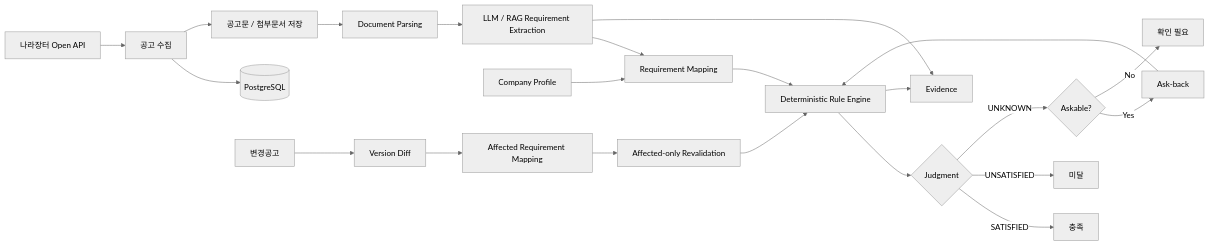
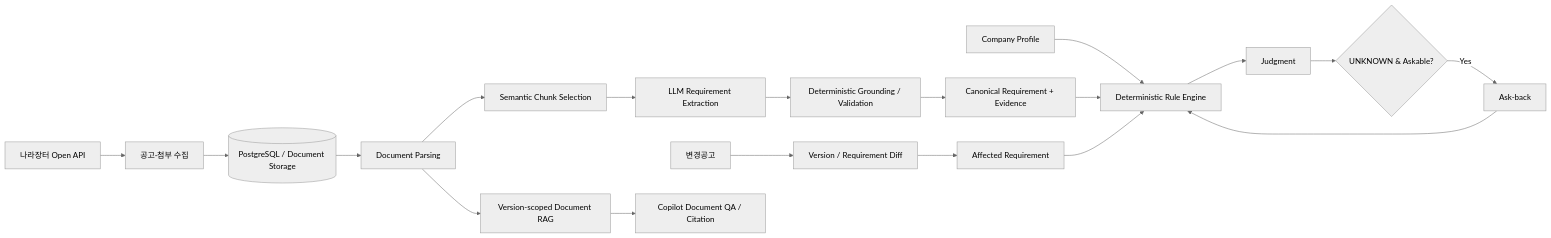
Before and after one commit to SKNETWORKS-FAMILY-AICAMP/SKN34-3rd-4Team: the diagram in README.md, drawn with Mermaid (neutral theme). The commit also changed other lines of this file, not shown here.

````diff
--- a/README.md
+++ b/README.md
@@ -195,34 +195,23 @@
 ```mermaid
 flowchart LR
+    A[나라장터 Open API] --> B[공고·첨부 수집]
+    B --> C[(PostgreSQL / Document Storage)]
+    C --> D[Document Parsing]
+    D --> E[Semantic Chunk Selection]
+    E --> F[LLM Requirement Extraction]
+    F --> G[Deterministic Grounding / Validation]
+    G --> H[Canonical Requirement + Evidence]
+    P[Company Profile] --> I[Deterministic Rule Engine]
+    H --> I
+    I --> J[Judgment]
+    J --> K{UNKNOWN & Askable?}
+    K -->|Yes| L[Ask-back]
+    L --> I
 
-    A[나라장터 Open API] --> B[공고 수집]
-    B --> C[(PostgreSQL)]
-    B --> D[공고문 / 첨부문서 저장]
+    M[변경공고] --> N[Version / Requirement Diff]
+    N --> O[Affected Requirement]
+    O --> I
 
-    D --> E[Document Parsing]
-    E --> F[LLM / RAG Requirement Extraction]
-
-    P[Company Profile] --> G[Requirement Mapping]
-    F --> G
-
-    G --> H[Deterministic Rule Engine]
-
-    H --> I{Judgment}
-
-    I -->|SATISFIED| J[충족]
-    I -->|UNSATISFIED| K[미달]
-    I -->|UNKNOWN| L{Askable?}
-
-    L -->|Yes| M[Ask-back]
-    M --> H
-
-    L -->|No| N[확인 필요]
-
-    F --> O[Evidence]
-    H --> O
-
-    Q[변경공고] --> R[Version Diff]
-    R --> S[Affected Requirement Mapping]
-    S --> T[Affected-only Revalidation]
-    T --> H
+    D --> R[Version-scoped Document RAG]
+    R --> S[Copilot Document QA / Citation]
 ```
````
